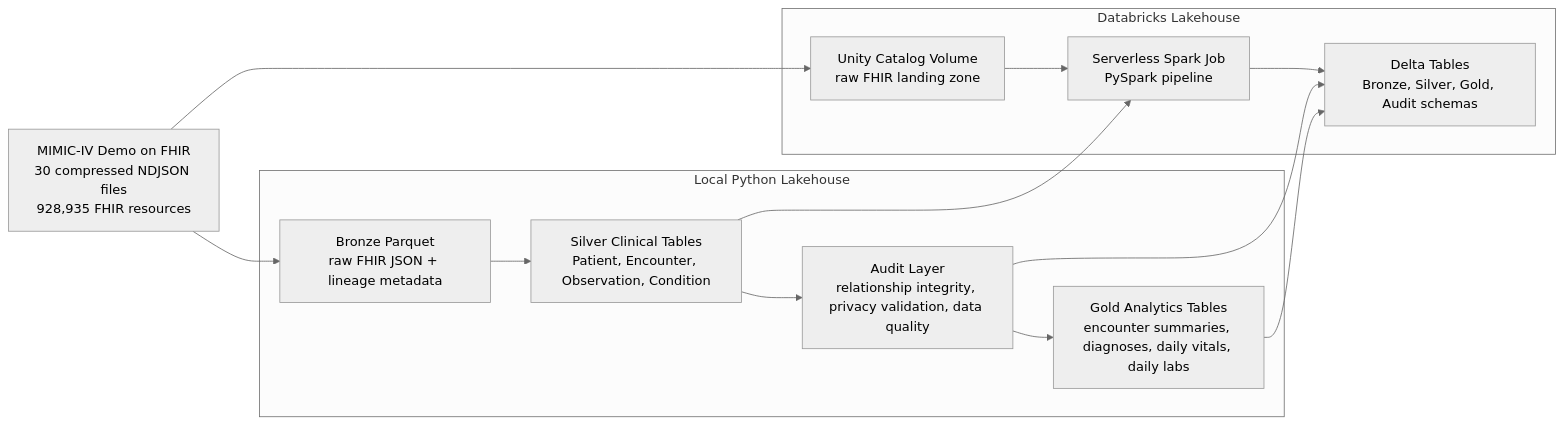
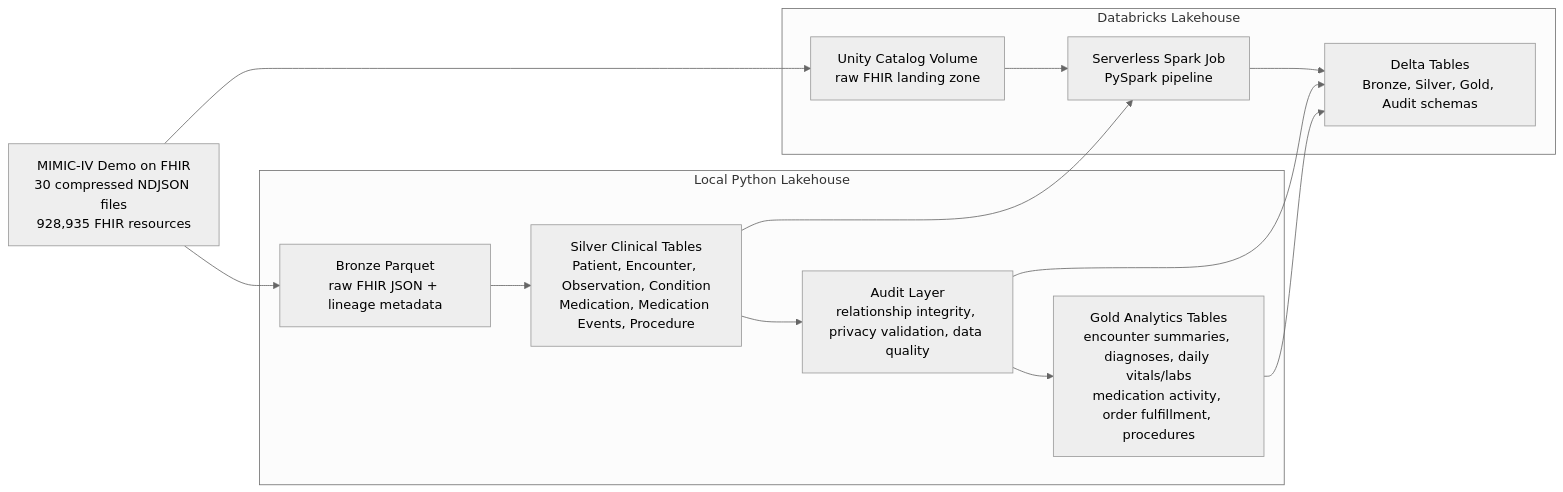
One commit to KevDev7/healthcare-fhir-lakehouse changed the first of 2 diagrams in README.md. Above: the diagram before and after it, drawn with Mermaid (neutral theme). The commit also changed other lines of this file and 53 other files, not shown here.

````diff
--- a/README.md
+++ b/README.md
@@ -93,23 +96,23 @@
 ```mermaid
 flowchart LR
     source["MIMIC-IV Demo on FHIR<br/>30 compressed NDJSON files<br/>928,935 FHIR resources"]
 
     subgraph local["Local Python Lakehouse"]
         bronze["Bronze Parquet<br/>raw FHIR JSON + lineage metadata"]
-        silver["Silver Clinical Tables<br/>Patient, Encounter, Observation, Condition"]
+        silver["Silver Clinical Tables<br/>Patient, Encounter, Observation, Condition<br/>Medication, Medication Events, Procedure"]
         audit["Audit Layer<br/>relationship integrity, privacy validation, data quality"]
-        gold["Gold Analytics Tables<br/>encounter summaries, diagnoses, daily vitals, daily labs"]
+        gold["Gold Analytics Tables<br/>encounter summaries, diagnoses, daily vitals/labs<br/>medication activity, order fulfillment, procedures"]
     end
 
     subgraph cloud["Databricks Lakehouse"]
         volume["Unity Catalog Volume<br/>raw FHIR landing zone"]
         spark["Serverless Spark Job<br/>PySpark pipeline"]
         delta["Delta Tables<br/>Bronze, Silver, Gold, Audit schemas"]
     end
 
     source --> bronze --> silver --> audit --> gold
     source --> volume --> spark --> delta
     silver --> spark
     audit --> delta
     gold --> delta
 ```
````
